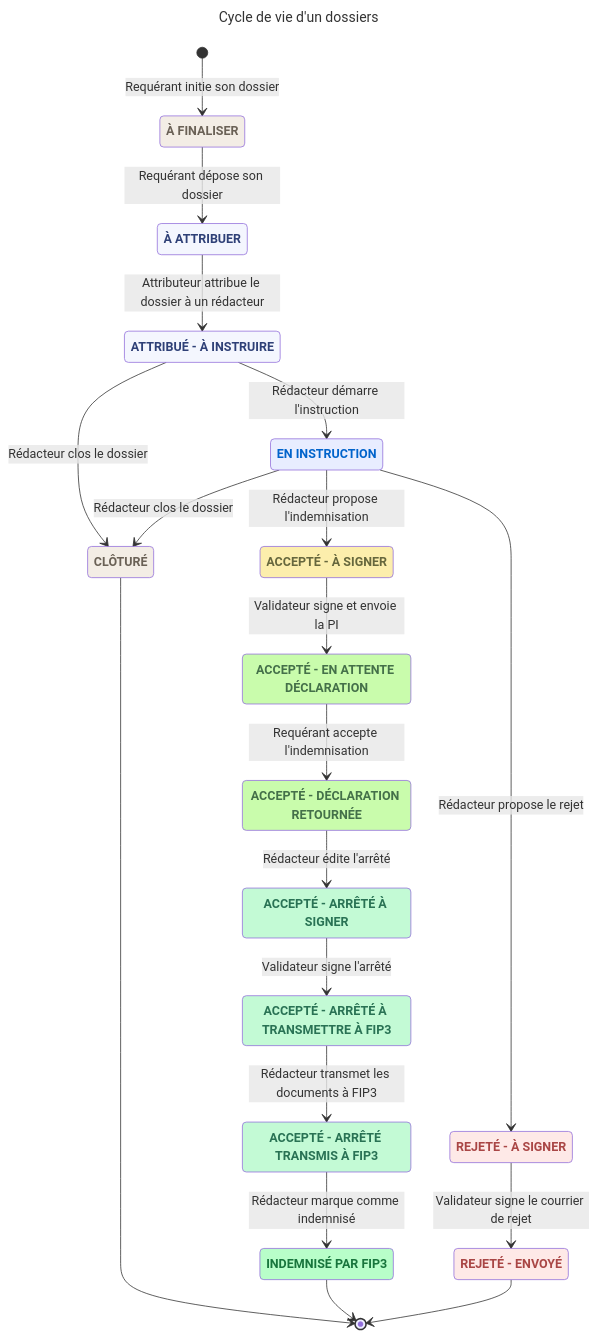
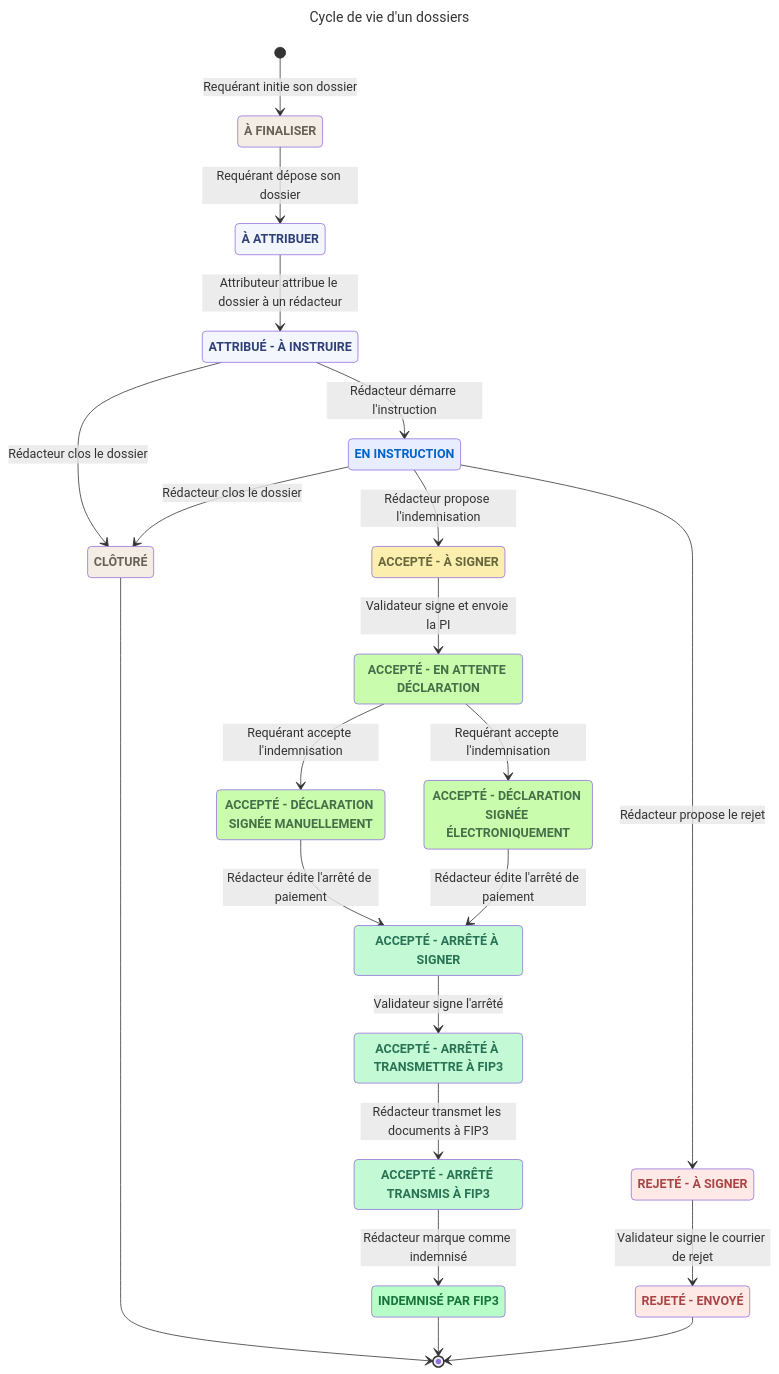
Before and after one commit to betagouv/mon-indemnisation-justice: the diagram in docs/004-Cycle de vie d'un dossier.md, drawn with Mermaid. The commit also changed other lines of this file and 15 other files, not shown here.

````diff
--- a/docs/004-Cycle de vie d'un dossier.md
+++ b/docs/004-Cycle de vie d'un dossier.md
@@ -30,56 +31,59 @@
 ```mermaid
 ---
 title: Cycle de vie d'un dossiers
 ---
 stateDiagram-v2
     direction TB
 
     classDef a_finaliser font-weight:bold,text-transform:uppercase,color:#6a6156,fill:#f3ede5
     classDef a_attribuer font-weight:bold,text-transform:uppercase,color:#2f4077,fill:#f4f6fe
     classDef a_instruire font-weight:bold,text-transform:uppercase,color:#2f4077,fill:#f4f6fe
     classDef en_instruction font-weight:bold,text-transform:uppercase,color:#0063cb,fill:#e8edff
     classDef cloture font-weight:bold,text-transform:uppercase,color:#6a6156,fill:#f3ede5
     classDef ok_a_signer font-weight:bold,text-transform:uppercase,color:#66673d,fill:#fceeac
     classDef ok_a_approuver font-weight:bold,text-transform:uppercase,color:#447049,fill:#c9fcac
-    classDef ok_a_verifier font-weight:bold,text-transform:uppercase,color:#447049,fill:#c9fcac
+    classDef ok_accepte font-weight:bold,text-transform:uppercase,color:#447049,fill:#c9fcac
     classDef ok_verifie font-weight:bold,text-transform:uppercase,color:#297254,fill:#c3fad5
     classDef ok_a_indemniser font-weight:bold,text-transform:uppercase,color:#297254,fill:#c3fad5
     classDef ok_en_attente_paiement font-weight:bold,text-transform:uppercase,color:#297254,fill:#c3fad5
     classDef ok_indemnise font-weight:bold,text-transform:uppercase,color:#18753c,fill:#b8fec9
     classDef ko_a_signer font-weight:bold,text-transform:uppercase,color:#a94645,fill:#fee9e7
     classDef ko_rejete font-weight:bold,text-transform:uppercase,color:#ce0500,fill:#ffe9e9
 
     A_FINALISER: À finaliser
     A_ATTRIBUER: À attribuer
     A_INSTRUIRE: Attribué - à instruire
     EN_INSTRUCTION: En instruction
     CLOTURE: Clôturé
     OK_A_SIGNER: Accepté - à signer
     OK_A_APPROUVER: Accepté - en attente déclaration
-    OK_A_VERIFIER: Accepté - déclaration retournée
+    OK_A_VERIFIER: Accepté - déclaration signée manuellement
+    OK_ACCEPTE: Accepté - déclaration signée électroniquement
     OK_VERIFIE: Accepté - arrêté à signer
     OK_A_INDEMNISER: Accepté - arrêté à transmettre à FIP3
     OK_EN_ATTENTE_PAIEMENT: Accepté - arrêté transmis à FIP3
     OK_INDEMNISE: Indemnisé par FIP3
     KO_A_SIGNER: Rejeté - à signer
     KO_REJETE: Rejeté - envoyé
 
     [*] --> A_FINALISER :::a_finaliser : Requérant initie son dossier
     A_FINALISER --> A_ATTRIBUER ::: a_attribuer : Requérant dépose son dossier
     A_ATTRIBUER --> A_INSTRUIRE ::: a_instruire : Attributeur attribue le dossier à un rédacteur
     A_INSTRUIRE --> EN_INSTRUCTION ::: en_instruction : Rédacteur démarre l'instruction
     A_INSTRUIRE --> CLOTURE ::: cloture : Rédacteur clos le dossier
     EN_INSTRUCTION --> CLOTURE ::: cloture : Rédacteur clos le dossier
     CLOTURE --> [*]
     EN_INSTRUCTION --> OK_A_SIGNER ::: ok_a_signer : Rédacteur propose l'indemnisation
     OK_A_SIGNER --> OK_A_APPROUVER ::: ok_a_approuver : Validateur signe et envoie la PI
-    OK_A_APPROUVER --> OK_A_VERIFIER ::: ok_a_verifier : Requérant accepte l'indemnisation
-    OK_A_VERIFIER --> OK_VERIFIE ::: ok_verifie : Rédacteur édite l'arrêté
+    OK_A_APPROUVER --> OK_A_VERIFIER ::: ok_accepte : Requérant accepte l'indemnisation
+    OK_A_APPROUVER --> OK_ACCEPTE ::: ok_accepte : Requérant accepte l'indemnisation
+    OK_A_VERIFIER --> OK_VERIFIE ::: ok_verifie : Rédacteur édite l'arrêté de paiement
+    OK_ACCEPTE --> OK_VERIFIE ::: ok_verifie : Rédacteur édite l'arrêté de paiement
     OK_VERIFIE --> OK_A_INDEMNISER ::: ok_a_indemniser : Validateur signe l'arrêté
     OK_A_INDEMNISER --> OK_EN_ATTENTE_PAIEMENT ::: ok_en_attente_paiement : Rédacteur transmet les documents à FIP3
     OK_EN_ATTENTE_PAIEMENT --> OK_INDEMNISE ::: ok_indemnise : Rédacteur marque comme indemnisé
     OK_INDEMNISE --> [*]
     EN_INSTRUCTION --> KO_A_SIGNER ::: ko_a_signer : Rédacteur propose le rejet
     KO_A_SIGNER --> KO_REJETE ::: ko_a_signer : Validateur signe le courrier de rejet
     KO_REJETE --> [*]
 ```
````
